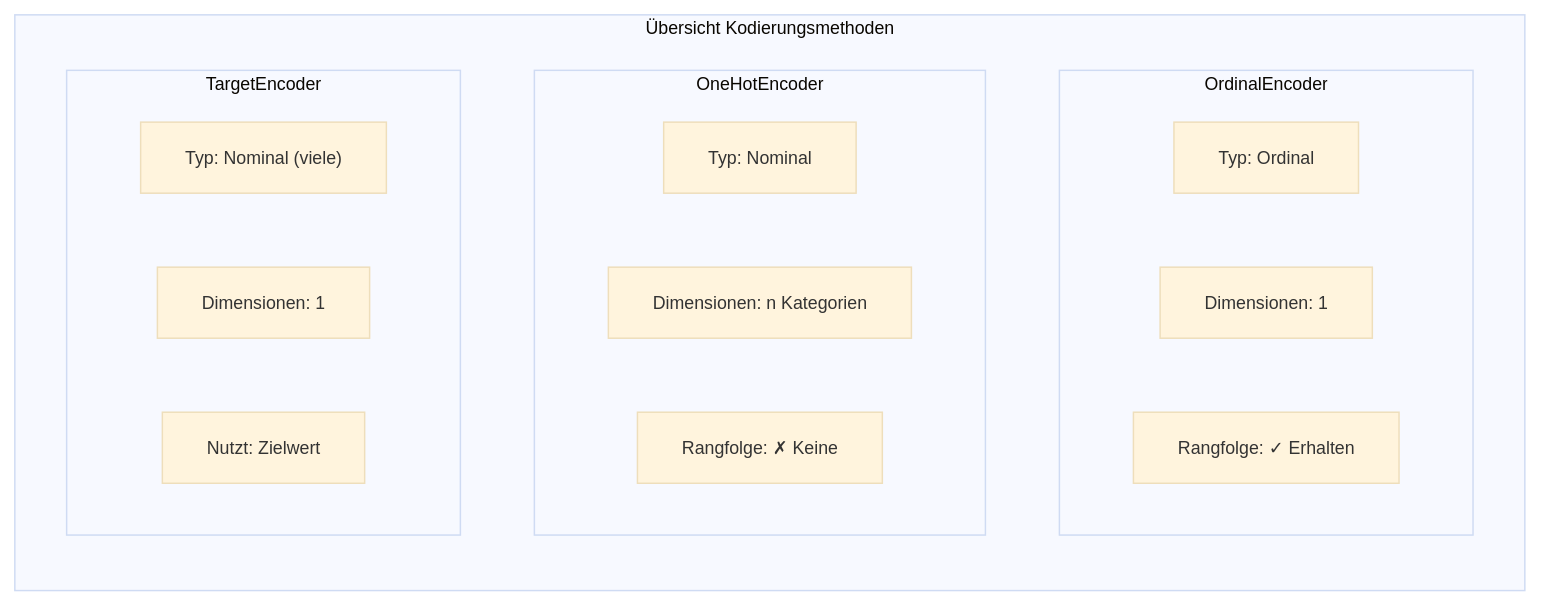
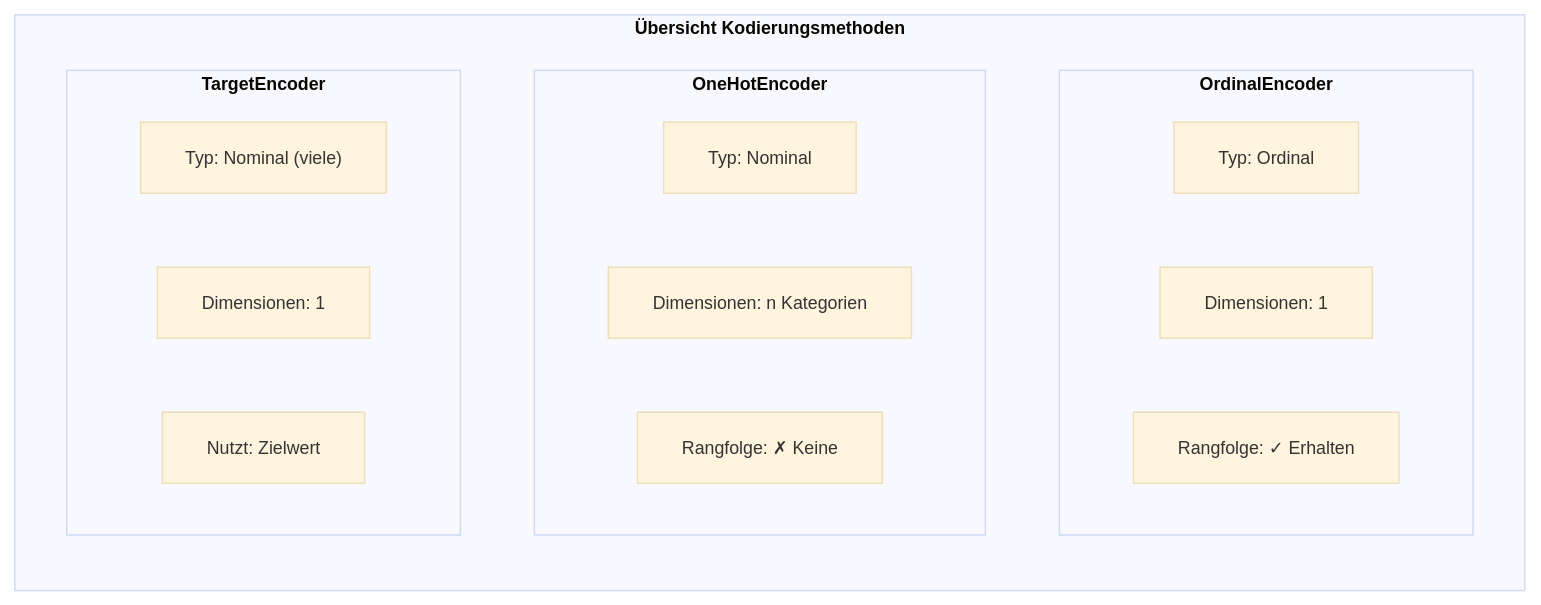
Before and after one commit to ralf-42/ML_Intro: the sixth of 7 diagrams in docs/concepts/prepare/kodierung_kategorialer_daten.md, drawn with Mermaid. The commit also changed other lines of this file and 4 other files, not shown here.

````diff
--- a/docs/concepts/prepare/kodierung_kategorialer_daten.md
+++ b/docs/concepts/prepare/kodierung_kategorialer_daten.md
@@ -306,25 +306,25 @@
 ```mermaid
 %%{init: {'theme': 'base', 'themeVariables': {'fontSize': '12px'}}}%%
 flowchart TB
-    subgraph Vergleich["Übersicht Kodierungsmethoden"]
+    subgraph Vergleich["<b>Übersicht Kodierungsmethoden"]
         direction TB
         
-        subgraph OE["OrdinalEncoder"]
+        subgraph OE["<b>OrdinalEncoder"]
             OE_T["Typ: Ordinal"]
             OE_D["Dimensionen: 1"]
             OE_R["Rangfolge: ✓ Erhalten"]
         end
         
-        subgraph OH["OneHotEncoder"]
+        subgraph OH["<b>OneHotEncoder"]
             OH_T["Typ: Nominal"]
             OH_D["Dimensionen: n Kategorien"]
             OH_R["Rangfolge: ✗ Keine"]
         end
         
-        subgraph TE["TargetEncoder"]
+        subgraph TE["<b>TargetEncoder"]
             TE_T["Typ: Nominal (viele)"]
             TE_D["Dimensionen: 1"]
             TE_R["Nutzt: Zielwert"]
         end
     end
 ```
````
